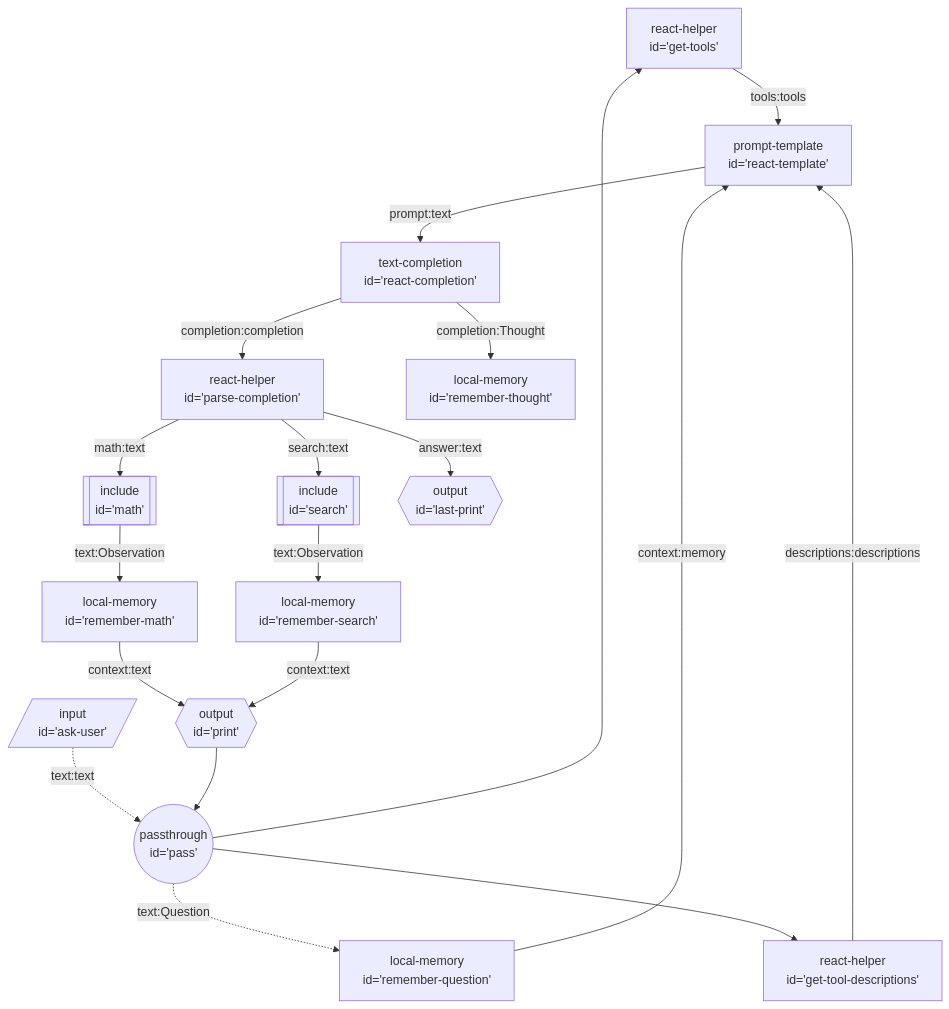
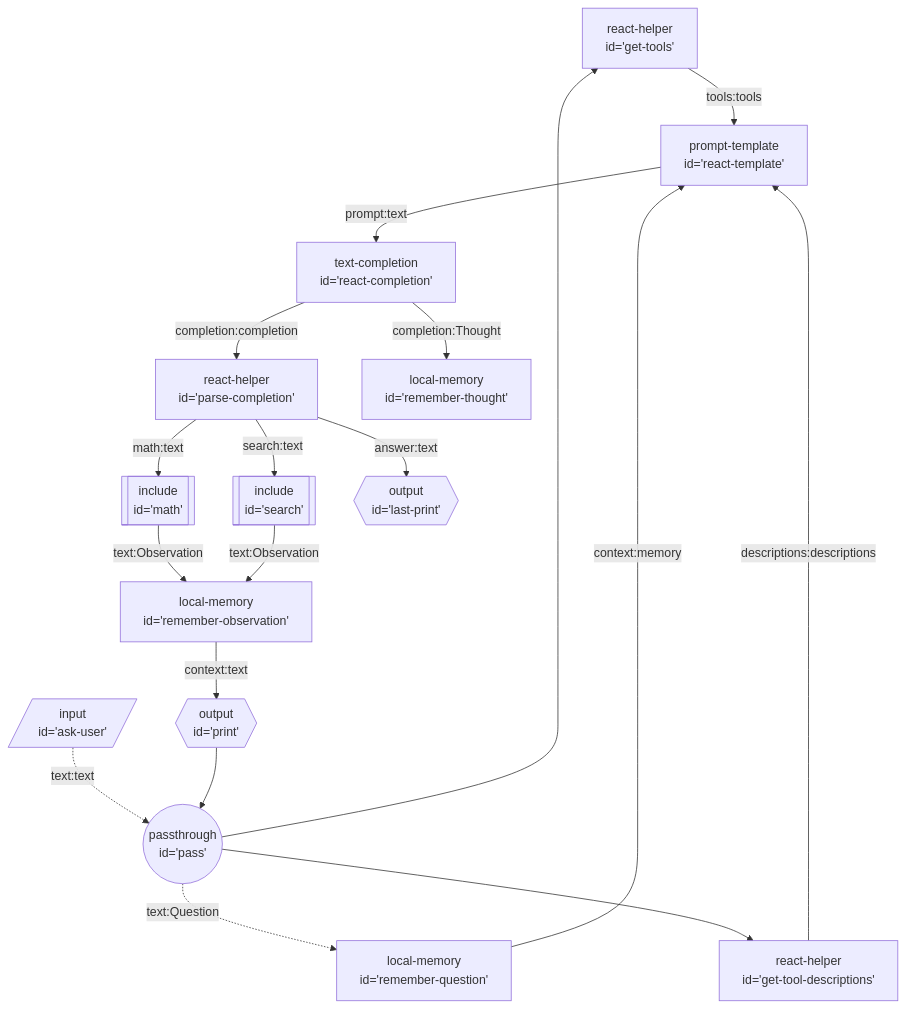
One commit to breadboard-ai/breadboard changed the diagram in seeds/graph-playground/docs/graphs/react-with-include.md. Above: the diagram before and after it, drawn with Mermaid. The commit also changed 1 other file, not shown here.

Commit message:
[graph-playground] Simplify `react-with-include`.

````diff
--- a/seeds/graph-playground/docs/graphs/react-with-include.md
+++ b/seeds/graph-playground/docs/graphs/react-with-include.md
@@ -4,57 +4,54 @@
 ```mermaid
 graph TD;
 get-tools["react-helper
 id='get-tools'"] -- tools:tools --> react-template["prompt-template
 id='react-template'"]
 get-tool-descriptions["react-helper
 id='get-tool-descriptions'"] -- descriptions:descriptions --> react-template["prompt-template
 id='react-template'"]
 ask-user[/"input
 id='ask-user'"/]:::input -. text:text .-> pass(("passthrough
 id='pass'")):::passthrough
 pass(("passthrough
 id='pass'")):::passthrough --> get-tools["react-helper
 id='get-tools'"]
 pass(("passthrough
 id='pass'")):::passthrough -. text:Question .-> remember-question["local-memory
 id='remember-question'"]
 remember-question["local-memory
 id='remember-question'"] -- context:memory --> react-template["prompt-template
 id='react-template'"]
 pass(("passthrough
 id='pass'")):::passthrough --> get-tool-descriptions["react-helper
 id='get-tool-descriptions'"]
 react-template["prompt-template
 id='react-template'"] -- prompt:text --> react-completion["text-completion
 id='react-completion'"]
 react-completion["text-completion
 id='react-completion'"] -- completion:completion --> parse-completion["react-helper
 id='parse-completion'"]
 react-completion["text-completion
 id='react-completion'"] -- completion:Thought --> remember-thought["local-memory
 id='remember-thought'"]
 parse-completion["react-helper
 id='parse-completion'"] -- search:text --> search[["include
 id='search'"]]:::include
 parse-completion["react-helper
 id='parse-completion'"] -- math:text --> math[["include
 id='math'"]]:::include
 math[["include
-id='math'"]]:::include -- text:Observation --> remember-math["local-memory
-id='remember-math'"]
-remember-math["local-memory
-id='remember-math'"] -- context:text --> print{{"output
-id='print'"}}:::output
+id='math'"]]:::include -- text:Observation --> remember-observation["local-memory
+id='remember-observation'"]
 search[["include
-id='search'"]]:::include -- text:Observation --> remember-search["local-memory
-id='remember-search'"]
-remember-search["local-memory
-id='remember-search'"] -- context:text --> print{{"output
+id='search'"]]:::include -- text:Observation --> remember-observation["local-memory
+id='remember-observation'"]
+remember-observation["local-memory
+id='remember-observation'"] -- context:text --> print{{"output
 id='print'"}}:::output
 print{{"output
 id='print'"}}:::output --> pass(("passthrough
 id='pass'")):::passthrough
 parse-completion["react-helper
 id='parse-completion'"] -- answer:text --> last-print{{"output
 id='last-print'"}}:::output
 ```
````
